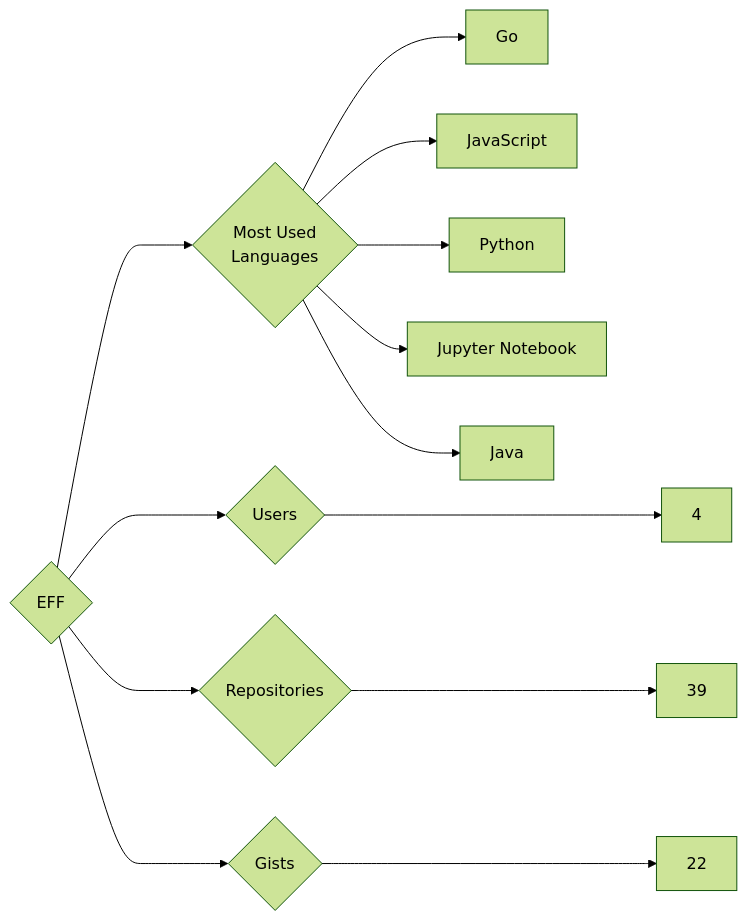
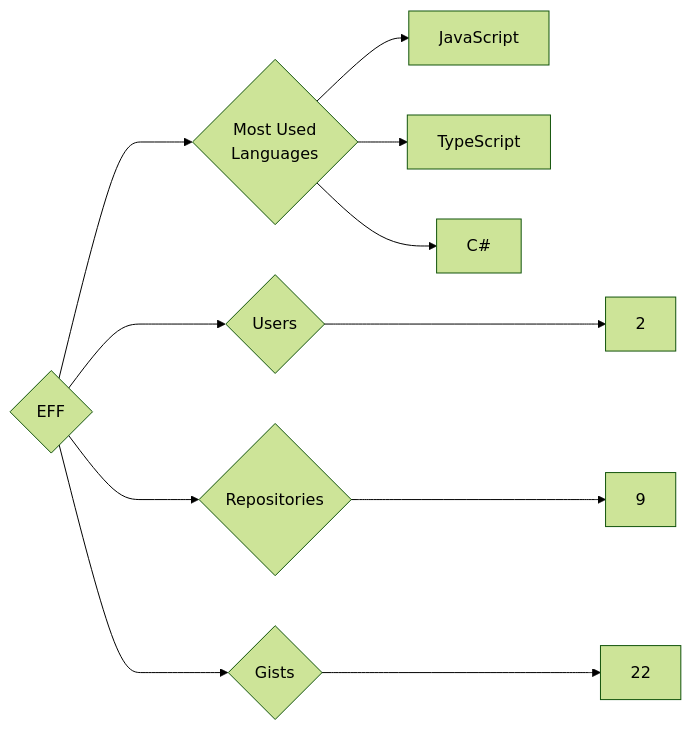
One commit to trickest/insiders changed the diagram in targets/EFF/README.md. Above: the diagram before and after it, drawn with Mermaid (forest theme). The commit also changed 1084 other files, not shown here.

````diff
--- a/targets/EFF/README.md
+++ b/targets/EFF/README.md
@@ -3,13 +3,11 @@
 ```mermaid
 graph LR
 COMPANY_NAME{EFF}
-COMPANY_NAME ---> U{Users} ---> UN[4]
-COMPANY_NAME ---> R{Repositories} ---> RN[39]
+COMPANY_NAME ---> U{Users} ---> UN[2]
+COMPANY_NAME ---> R{Repositories} ---> RN[9]
 COMPANY_NAME ---> G{Gists} ---> GN[22]
 COMPANY_NAME ---> ML{Most Used<br>Languages}
-ML --> Go[Go]
 ML --> JavaScript[JavaScript]
-ML --> Python[Python]
-ML --> Jupyter_Notebook[Jupyter Notebook]
-ML --> Java[Java]
+ML --> TypeScript[TypeScript]
+ML --> C#[C#]
 ```
````
